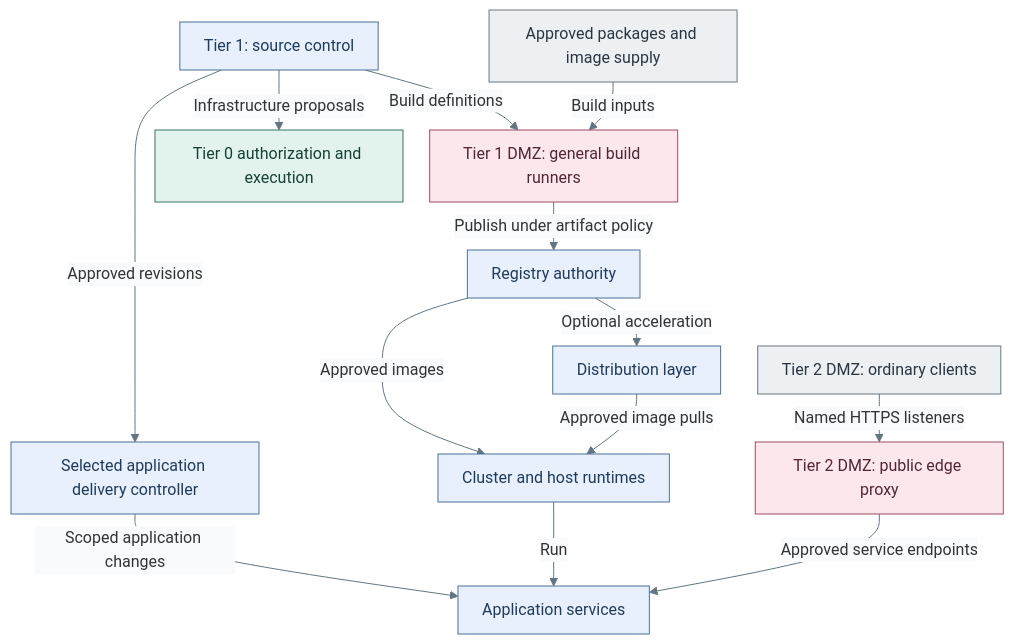
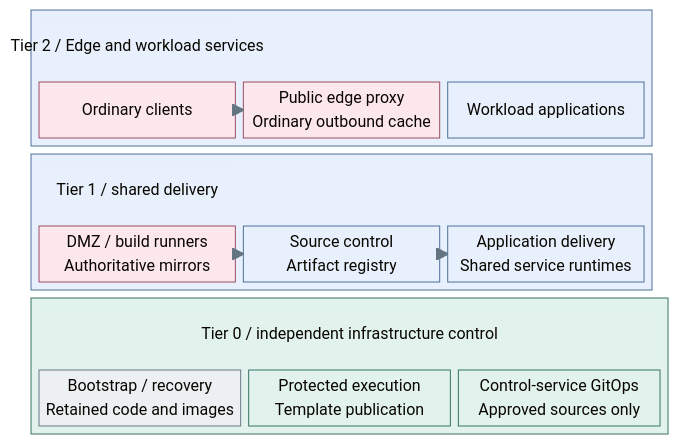
One commit to Rexus/homelab changed the diagram in docs/architecture/delivery/README.md. Above: the diagram before and after it, drawn with Mermaid. The commit also changed 22 other files, not shown here.

Commit message:
docs(diagrams): clarify tier boundaries and deployment layouts

````diff
--- a/docs/architecture/delivery/README.md
+++ b/docs/architecture/delivery/README.md
@@ -26,25 +26,42 @@
 ```mermaid
 %%{init: {"theme":"base","flowchart":{"nodeSpacing":20,"rankSpacing":24,"padding":12,"subGraphTitleMargin":{"top":4,"bottom":12}},"themeVariables":{"lineColor":"#627581","edgeLabelBackground":"#f8fafc"}}}%%
-flowchart TB
-  Source["Tier 1: source control"] -->|Build definitions| Build["Tier 1 DMZ: general build runners"]
-  Supply["Approved packages and image supply"] -->|Build inputs| Build
-  Build -->|Publish under artifact policy| Registry["Registry authority"]
-  Source -->|Approved revisions| Delivery["Selected application delivery controller"]
-  Registry -->|Approved images| Runtime["Cluster and host runtimes"]
-  Registry -->|Optional acceleration| Distribution["Distribution layer"]
-  Distribution -->|Approved image pulls| Runtime
-  Delivery -->|Scoped application changes| Apps["Application services"]
-  Runtime -->|Run| Apps
-  Clients["Tier 2 DMZ: ordinary clients"] -->|Named HTTPS listeners| Edge["Tier 2 DMZ: public edge proxy"]
-  Edge -->|Approved service endpoints| Apps
-  Source -->|Infrastructure proposals| Gate["Tier 0 authorization and execution"]
+block-beta
+  columns 1
+  block:T2
+    columns 3
+    T2Title["Tier 2 / Edge and workload services"]:3
+    Clients["Ordinary clients"]
+    Edge["Public edge proxy<br/>Ordinary outbound cache"]
+    Apps["Workload applications"]
+  end
+  block:T1
+    columns 3
+    T1Title["Tier 1 / shared delivery"]:3
+    Build["DMZ / build runners<br/>Authoritative mirrors"]
+    Source["Source control<br/>Artifact registry"]
+    Delivery["Application delivery<br/>Shared service runtimes"]
+  end
+  block:T0
+    columns 3
+    T0Title["Tier 0 / independent infrastructure control"]:3
+    Bootstrap["Bootstrap / recovery<br/>Retained code and images"]
+    Gate["Protected execution<br/>Template publication"]
+    Flux["Control-service GitOps<br/>Approved sources only"]
+  end
+  Clients --> Edge
+  Build --> Source
+  Source --> Delivery
   classDef default fill:#f8fafc,stroke:#64748b,color:#1f2937
   classDef services fill:#e7f0fc,stroke:#4d719b,color:#203a5b
+  classDef servicesHeading fill:#e7f0fc,stroke:#e7f0fc,color:#203a5b
   classDef edge fill:#fce8ec,stroke:#9b4d67,color:#502638
   classDef control fill:#e2f3ed,stroke:#397366,color:#173f36
+  classDef controlHeading fill:#e2f3ed,stroke:#e2f3ed,color:#173f36
   classDef actor fill:#edf0f3,stroke:#697682,color:#293642
-  class Source,Registry,Delivery,Runtime,Distribution,Apps services
-  class Build,Edge edge
-  class Gate control
-  class Supply,Clients actor
+  class T2,T1,Apps,Source,Delivery services
+  class T2Title,T1Title servicesHeading
+  class Clients,Edge,Build edge
+  class T0,Gate,Flux control
+  class T0Title controlHeading
+  class Bootstrap actor
 ```
````
